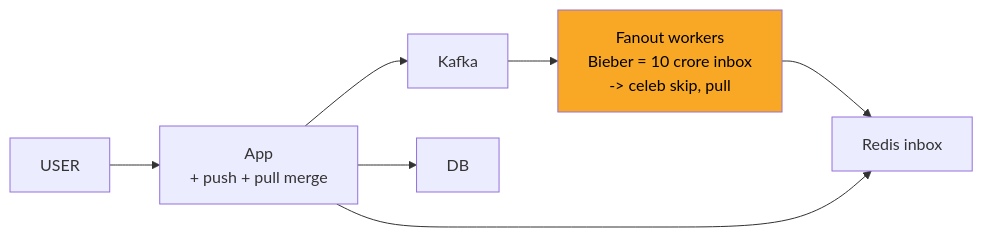
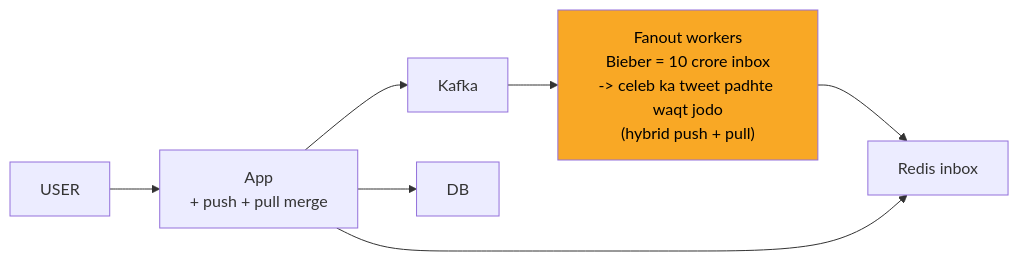
One commit to ArpanMaheshwari144/Prep changed the fourth of 12 diagrams in 04_HLD/SYSTEM_DESIGNS/03_twitter_feed/03_twitter_feed.md. Above: the diagram before and after it, drawn with Mermaid. The commit also changed other lines of this file and 13 other files, not shown here.

````diff
--- a/04_HLD/SYSTEM_DESIGNS/03_twitter_feed/03_twitter_feed.md
+++ b/04_HLD/SYSTEM_DESIGNS/03_twitter_feed/03_twitter_feed.md
@@ -168,16 +168,16 @@
 ```mermaid
 flowchart LR
     n_USER["USER"]
     n_App["App<br/>+ push + pull merge"]
     n_Kafka["Kafka"]
-    n_Fanout_workers["Fanout workers<br/>Bieber = 10 crore inbox<br/>-> celeb skip, pull"]
+    n_Fanout_workers["Fanout workers<br/>Bieber = 10 crore inbox<br/>-> celeb ka tweet padhte waqt jodo<br/>(hybrid push + pull)"]
     n_Redis_inbox["Redis inbox"]
     n_DB["DB"]
     n_USER --> n_App
     n_App --> n_Kafka
     n_App --> n_DB
     n_Kafka --> n_Fanout_workers
     n_Fanout_workers --> n_Redis_inbox
     n_App --> n_Redis_inbox
     style n_Fanout_workers fill:#f9a825,color:#000
 ```
````
